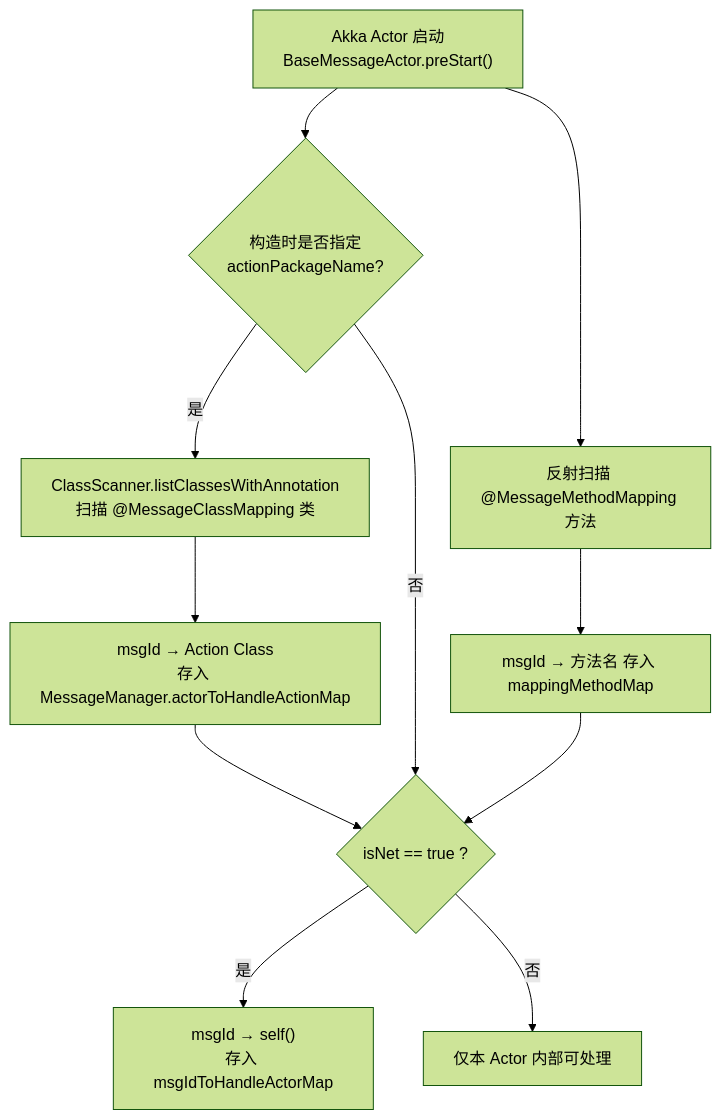
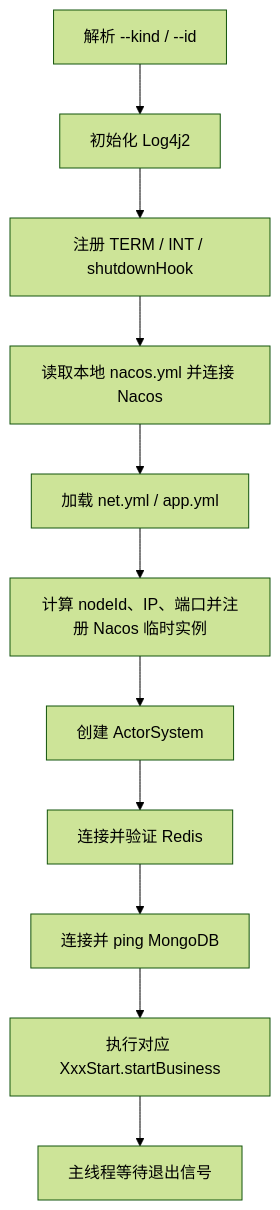
The third of 8 diagrams in doc/01_架构设计文档.md (132982jianan/JGameServer), drawn with Mermaid (forest theme) before and after one commit. The commit also changed other lines of this file, not shown here.

````diff
--- a/doc/01_架构设计文档.md
+++ b/doc/01_架构设计文档.md
@@ -225,13 +175,13 @@
 ```mermaid
 flowchart TB
-    A["Akka Actor 启动<br/>BaseMessageActor.preStart()"] --> B{"构造时是否指定<br/>actionPackageName?"}
-    B -->|是| C["ClassScanner.listClassesWithAnnotation<br/>扫描 @MessageClassMapping 类"]
-    C --> D["msgId → Action Class<br/>存入 MessageManager.actorToHandleActionMap"]
-    D --> E{"isNet == true ?"}
-    B -->|否| E
-    E -->|是| F["msgId → self()<br/>存入 msgIdToHandleActorMap"]
-    E -->|否| G["仅本 Actor 内部可处理"]
-    A --> H["反射扫描 @MessageMethodMapping 方法"]
-    H --> I["msgId → 方法名 存入 mappingMethodMap"]
-    I --> E
+    A["解析 --kind / --id"] --> B["初始化 Log4j2"]
+    B --> C["注册 TERM / INT / shutdownHook"]
+    C --> D["读取本地 nacos.yml 并连接 Nacos"]
+    D --> E["加载 net.yml / app.yml"]
+    E --> F["计算 nodeId、IP、端口并注册 Nacos 临时实例"]
+    F --> G["创建 ActorSystem"]
+    G --> H["连接并验证 Redis"]
+    H --> I["连接并 ping MongoDB"]
+    I --> J["执行对应 XxxStart.startBusiness"]
+    J --> K["主线程等待退出信号"]
 ```
````
